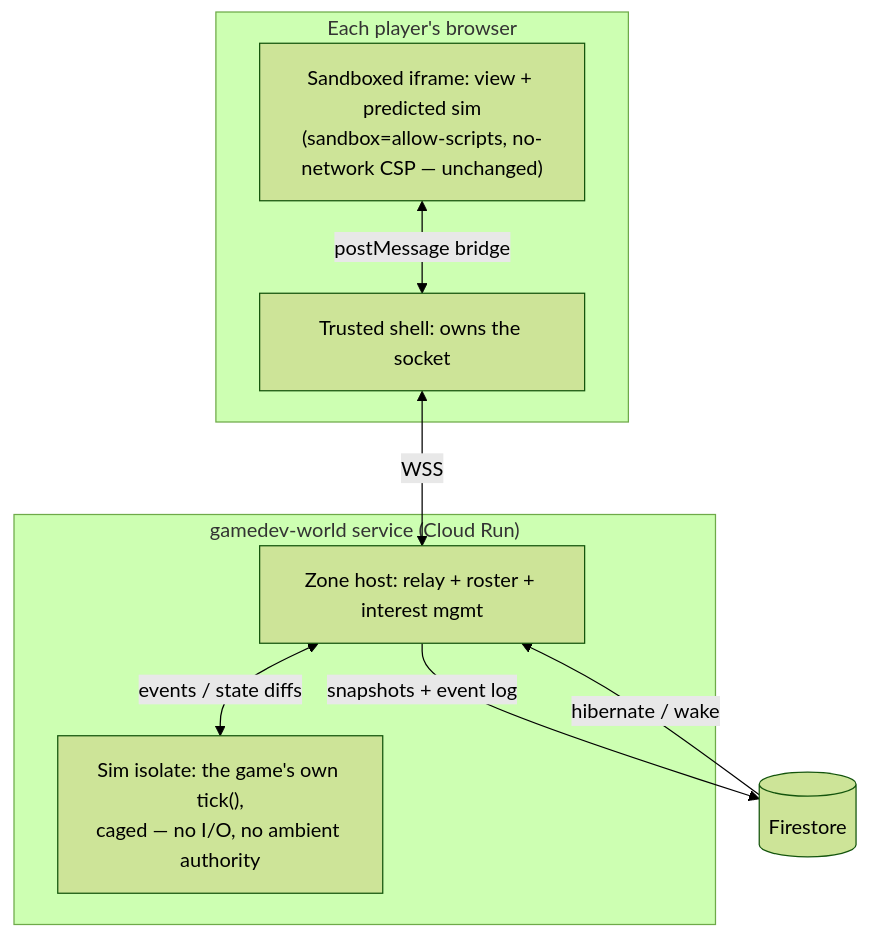
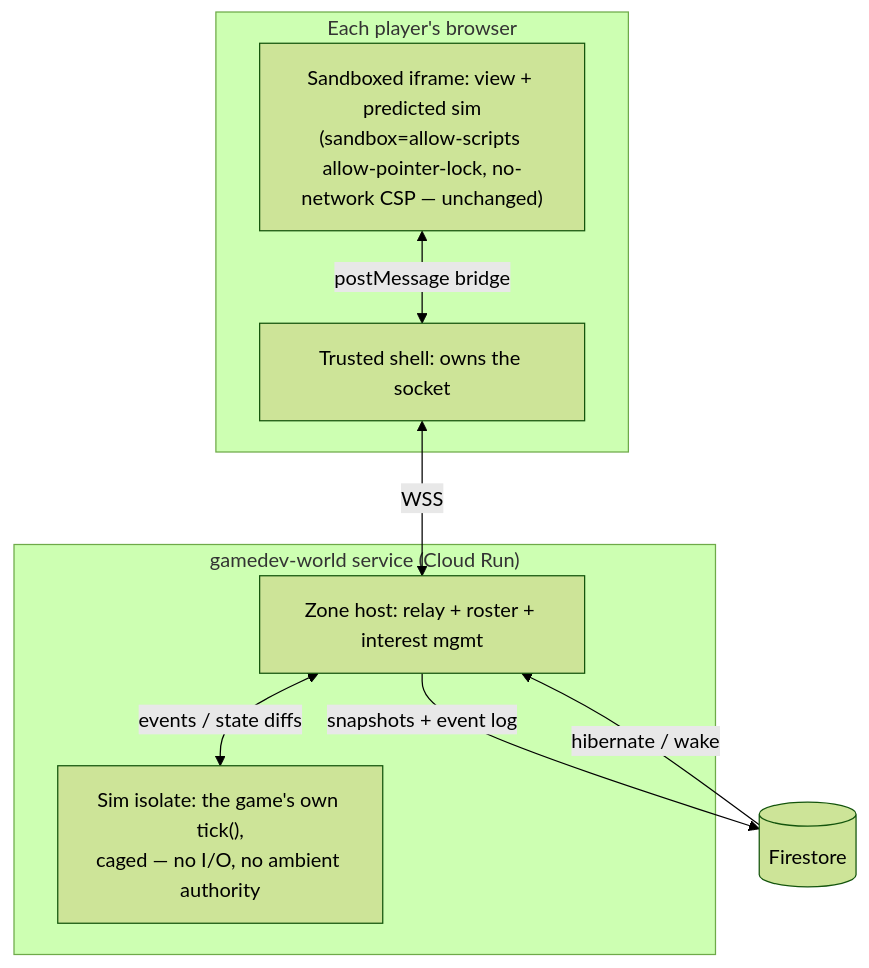
Before and after one commit to gamedevpl/www.gamedev.pl: the diagram in docs/persistent-world-plan.md, drawn with Mermaid (forest theme). The commit also changed other lines of this file and 21 other files, not shown here.

First line of the commit message:
Align sandbox copy and preview CSP with allow-pointer-lock

````diff
--- a/docs/persistent-world-plan.md
+++ b/docs/persistent-world-plan.md
@@ -117,16 +117,16 @@
 ```mermaid
 flowchart TB
     subgraph Client["Each player's browser"]
-      View["Sandboxed iframe: view + predicted sim<br/>(sandbox=allow-scripts, no-network CSP — unchanged)"]
+      View["Sandboxed iframe: view + predicted sim<br/>(sandbox=allow-scripts allow-pointer-lock, no-network CSP — unchanged)"]
       Shell["Trusted shell: owns the socket"]
       View <-->|postMessage bridge| Shell
     end
     Shell <-->|WSS| Zone
     subgraph WorldSvc["gamedev-world service (Cloud Run)"]
       Zone["Zone host: relay + roster + interest mgmt"]
       Sim["Sim isolate: the game's own tick(),<br/>caged — no I/O, no ambient authority"]
       Zone <-->|events / state diffs| Sim
     end
     Zone -->|snapshots + event log| FS[(Firestore)]
     FS -->|hibernate / wake| Zone
 ```
````
